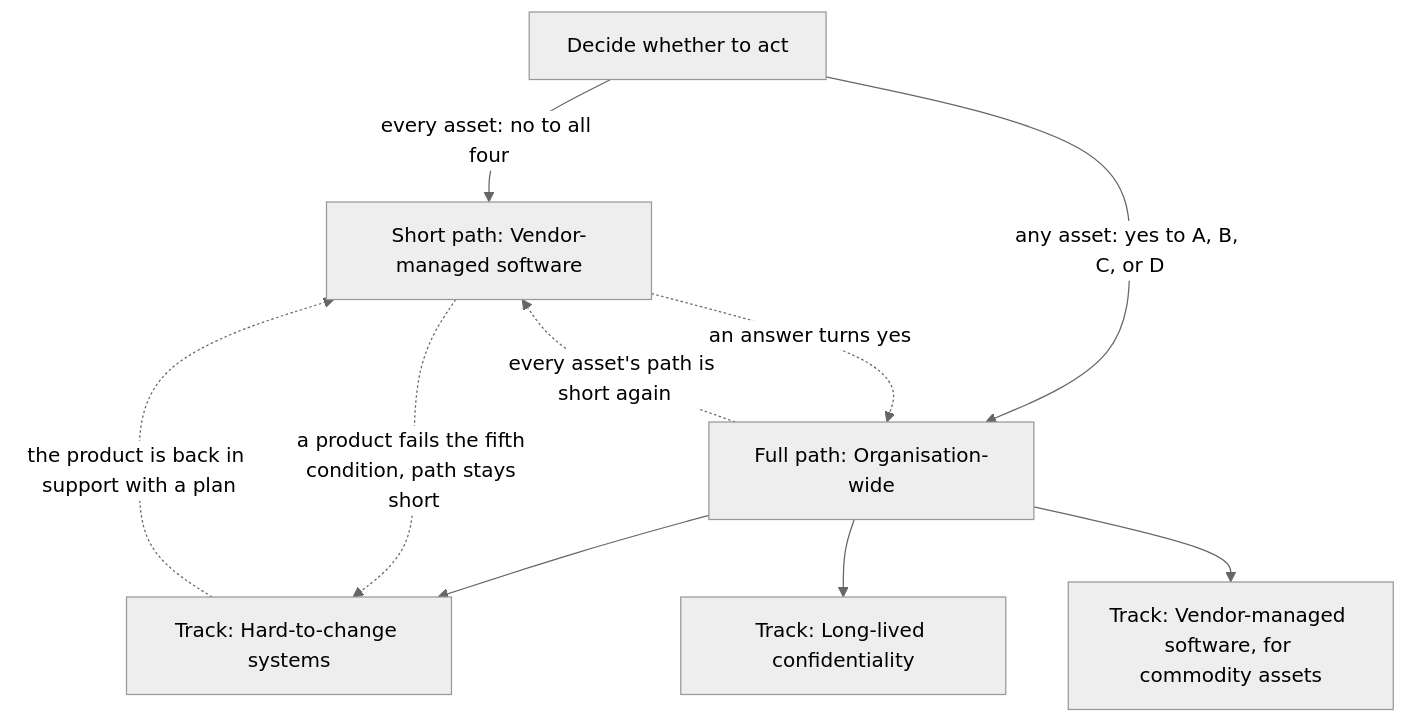
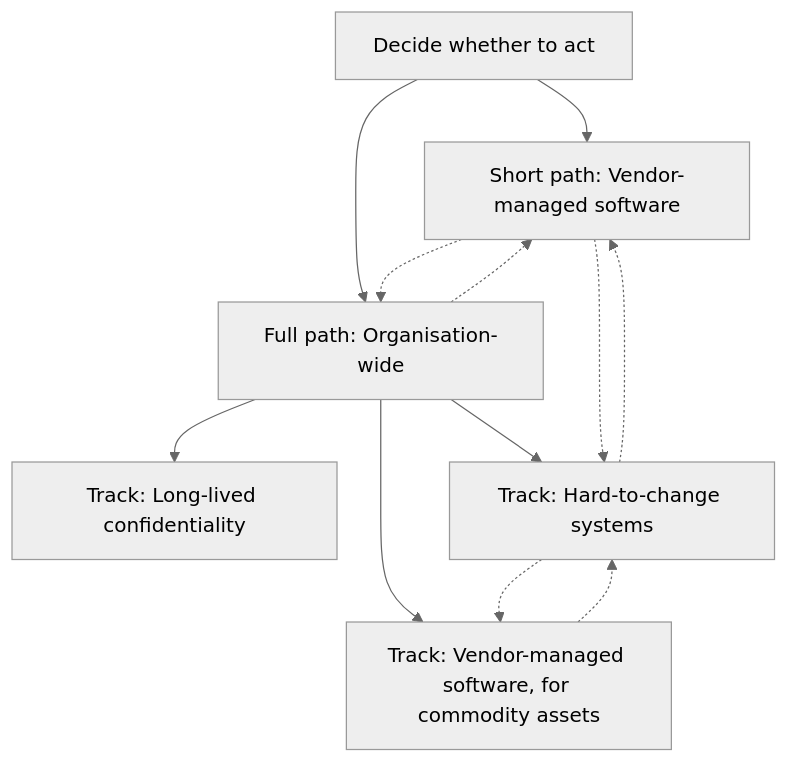
The diagram in docs/routes/index.md (pqc-community/handbook), drawn with Mermaid (neutral theme) before and after one commit. The commit also changed other lines of this file, not shown here.

Commit message:
docs(routes): make the overview diagram structural; leave its rules to Decide whether to act

````diff
--- a/docs/routes/index.md
+++ b/docs/routes/index.md
@@ -17,12 +19,14 @@
 ```mermaid
 flowchart TD
-    D[Decide whether to act] -->|every asset: no to all four| S[Short path: Vendor-managed software]
-    D -->|any asset: yes to A, B, C, or D| O[Full path: Organisation-wide]
+    D[Decide whether to act] --> S[Short path: Vendor-managed software]
+    D --> O[Full path: Organisation-wide]
     O --> LL[Track: Long-lived confidentiality]
     O --> HC[Track: Hard-to-change systems]
     O --> VM[Track: Vendor-managed software, for commodity assets]
-    S -.->|an answer turns yes| O
-    S -.->|a product fails the fifth condition, path stays short| HC
-    HC -.->|the product is back in support with a plan| S
-    O -.->|every asset's path is short again| S
+    S -.-> O
+    O -.-> S
+    S -.-> HC
+    VM -.-> HC
+    HC -.-> S
+    HC -.-> VM
 ```
````
